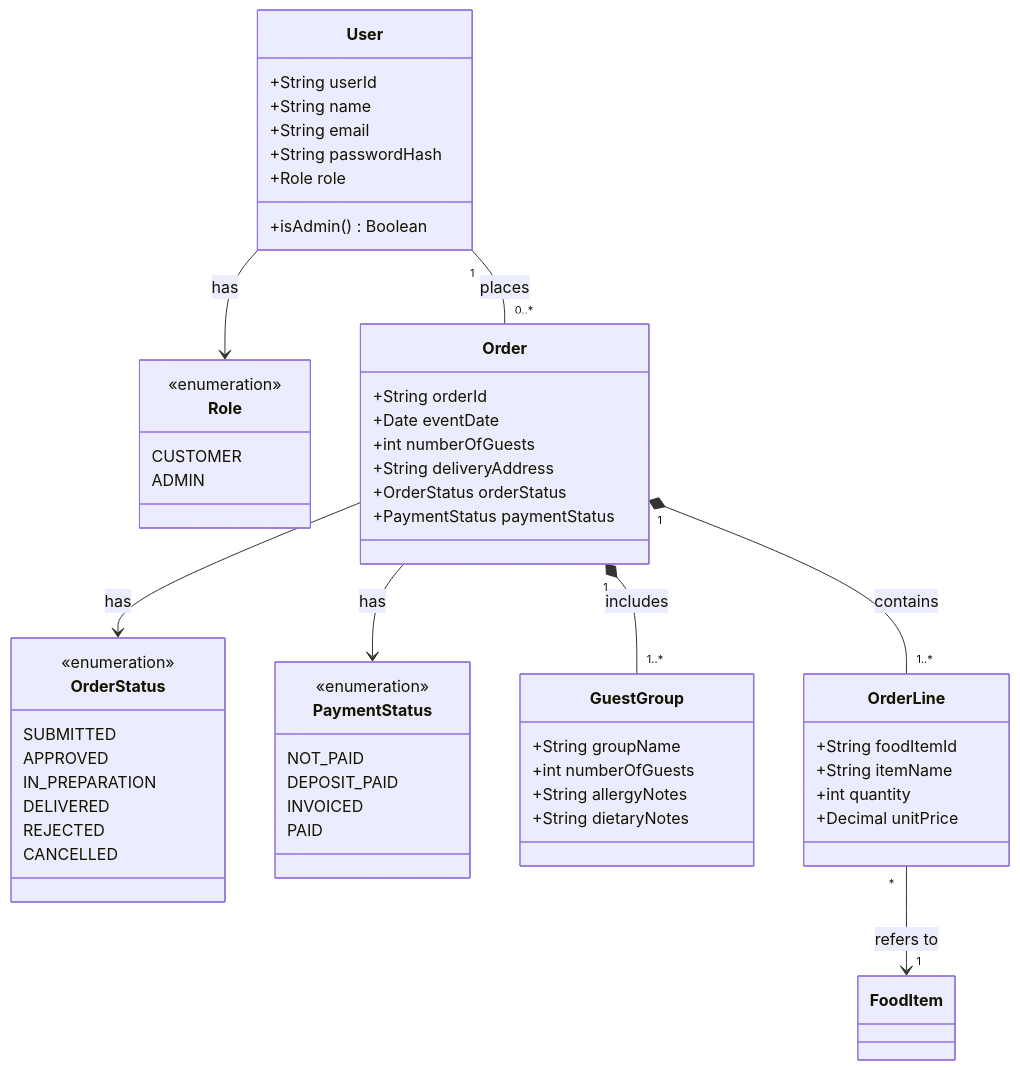
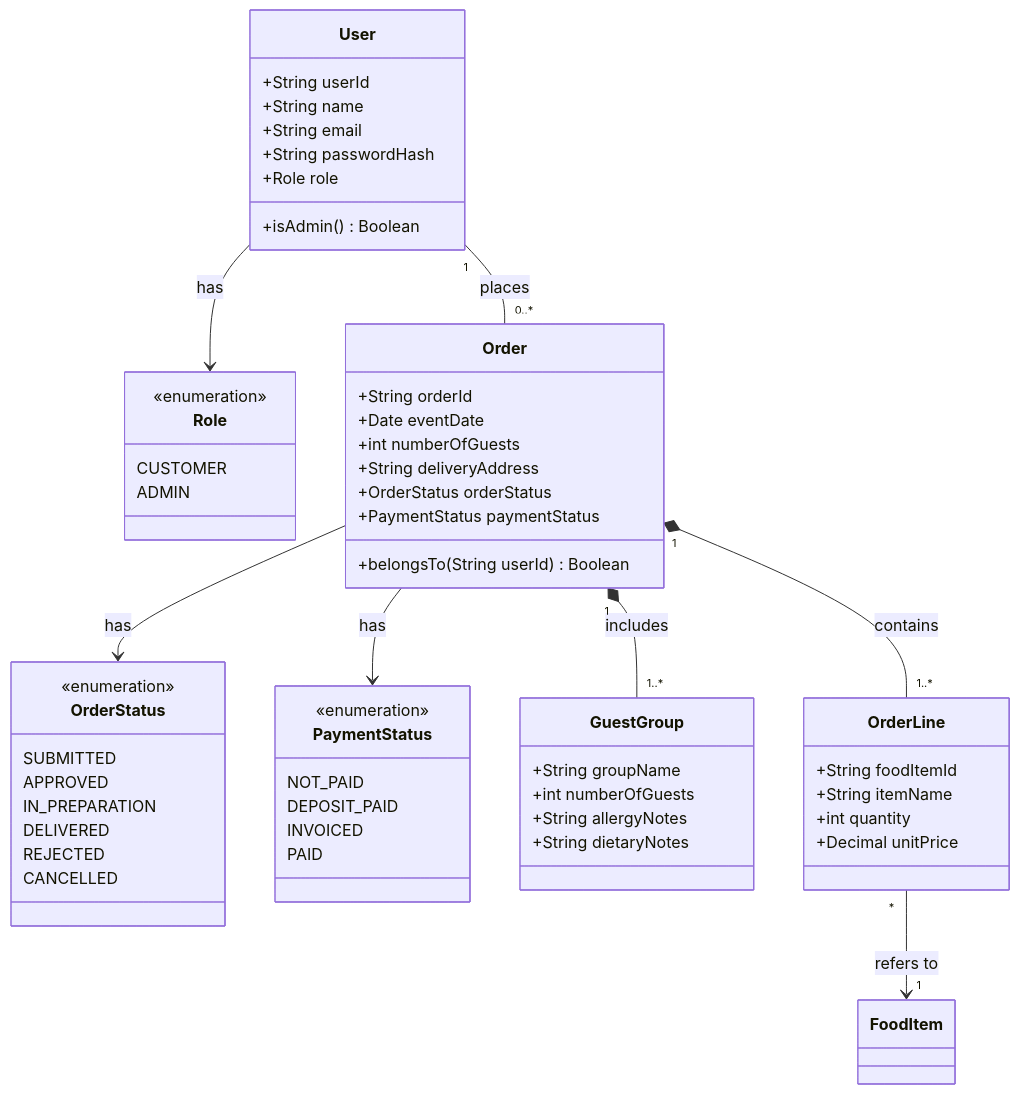
The diagram in docs/plans/domain-orders-class.md (vikri8772/assignment4), drawn with Mermaid before and after one commit.

````diff
--- a/docs/plans/domain-orders-class.md
+++ b/docs/plans/domain-orders-class.md
@@ -1,71 +1,72 @@
 ```mermaid
 classDiagram
     direction TB
 
     class User {
         +String userId
         +String name
         +String email
         +String passwordHash
         +Role role
         +isAdmin() Boolean
     }
 
     class Role {
         <<enumeration>>
         CUSTOMER
         ADMIN
     }
 
     class OrderStatus {
             <<enumeration>>
             SUBMITTED
             APPROVED
             IN_PREPARATION
             DELIVERED
             REJECTED
             CANCELLED
         }
     
     class PaymentStatus {
             <<enumeration>>
             NOT_PAID
             DEPOSIT_PAID
             INVOICED
             PAID
         }
 
     class Order {
         +String orderId
         +Date eventDate
         +int numberOfGuests
         +String deliveryAddress
         +OrderStatus orderStatus
         +PaymentStatus paymentStatus
+        +belongsTo(String userId) Boolean
     }
 
     class GuestGroup {
         +String groupName
         +int numberOfGuests
         +String allergyNotes
         +String dietaryNotes
     }
 
     class OrderLine {
         +String foodItemId
         +String itemName
         +int quantity
         +Decimal unitPrice
     }
 
     class FoodItem
 
     User --> Role : has
     User "1" -- "0..*" Order : places
     Order "1" *-- "1..*" GuestGroup : includes
     Order "1" *-- "1..*" OrderLine : contains
     Order --> OrderStatus : has
     Order --> PaymentStatus : has
     OrderLine "*" --> "1" FoodItem : refers to
 
 ```
````
